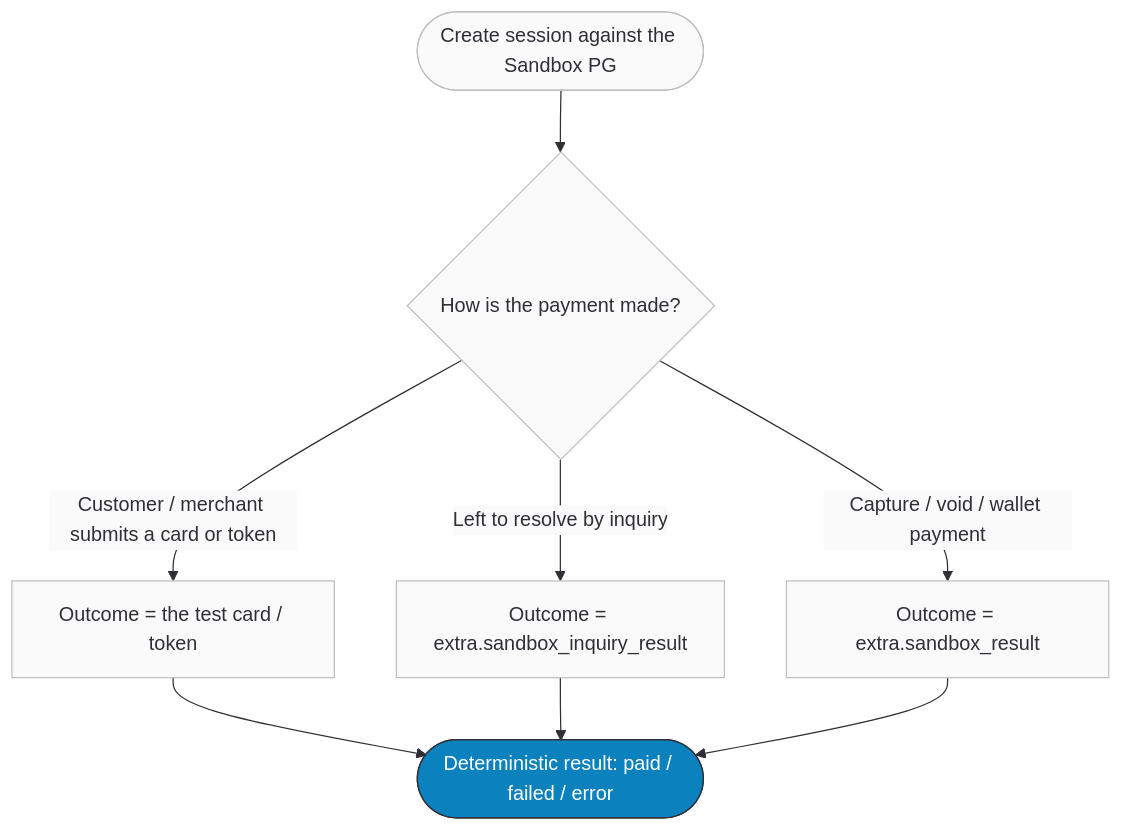
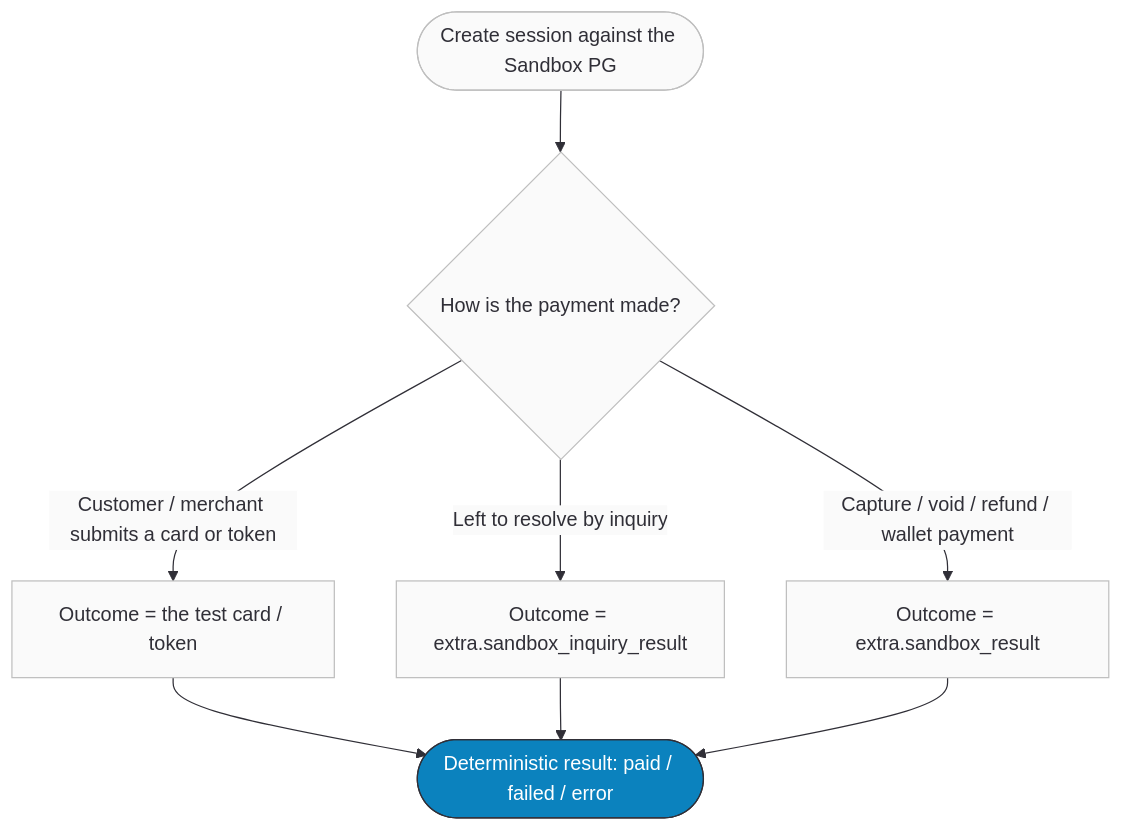
One commit to ottuco/docs changed the diagram in docs/developers/payments/ottu-sandbox.mdx. Above: the diagram before and after it, drawn with Mermaid. The commit also changed other lines of this file and 2 other files, not shown here.

First line of the commit message:
docs(v3): QA fixes for the error reference, PSQ v3 and Ottu Sandbox refunds (#161001)

````diff
--- a/docs/developers/payments/ottu-sandbox.mdx
+++ b/docs/developers/payments/ottu-sandbox.mdx
@@ -100,14 +100,14 @@
 ```mermaid
 %%{init: {"theme": "base", "themeVariables": {"background": "#F4F4F4", "primaryColor": "#FAFAFA", "primaryTextColor": "#302F37", "primaryBorderColor": "#BFBFBF", "lineColor": "#302F37", "secondaryColor": "#FAFAFA", "tertiaryColor": "#FAFAFA"}}}%%
 graph TD
     A([Create session against the Sandbox PG]) --> B{How is the payment made?}
     B -->|Customer / merchant submits a card or token| C[Outcome = the test card / token]
     B -->|Left to resolve by inquiry| D[Outcome = extra.sandbox_inquiry_result]
-    B -->|Capture / void / wallet payment| F[Outcome = extra.sandbox_result]
+    B -->|Capture / void / refund / wallet payment| F[Outcome = extra.sandbox_result]
     C --> E([Deterministic result: paid / failed / error])
     D --> E
     F --> E
 
     classDef accent fill:#0B82BE,color:#FFFFFF,stroke:#302F37
     class E accent
 ```
````
